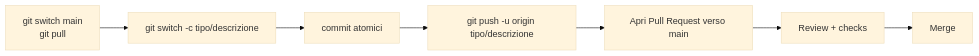
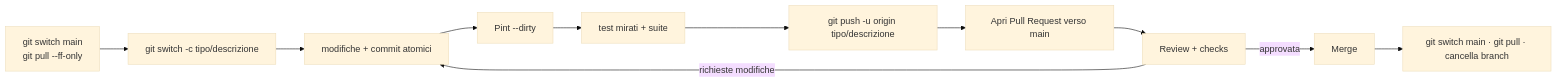
The diagram in docs/04_sviluppo_e_qualita/03_contribuire.md (salento-dev/website), drawn with Mermaid (base theme) before and after one commit. The commit also changed other lines of this file and 16 other files, not shown here.

````diff
--- a/docs/04_sviluppo_e_qualita/03_contribuire.md
+++ b/docs/04_sviluppo_e_qualita/03_contribuire.md
@@ -11,9 +13,13 @@
 ```mermaid
 flowchart LR
-    A["git switch main<br/>git pull"] --> B["git switch -c tipo/descrizione"]
-    B --> C["commit atomici"]
-    C --> D["git push -u origin tipo/descrizione"]
+    A["git switch main<br/>git pull --ff-only"] --> B["git switch -c tipo/descrizione"]
+    B --> C["modifiche + commit atomici"]
+    C --> P["Pint --dirty"]
+    P --> T["test mirati + suite"]
+    T --> D["git push -u origin tipo/descrizione"]
     D --> E["Apri Pull Request verso main"]
     E --> F["Review + checks"]
-    F --> G["Merge"]
+    F -->|richieste modifiche| C
+    F -->|approvata| G["Merge"]
+    G --> H["git switch main · git pull · cancella branch"]
 ```
````
